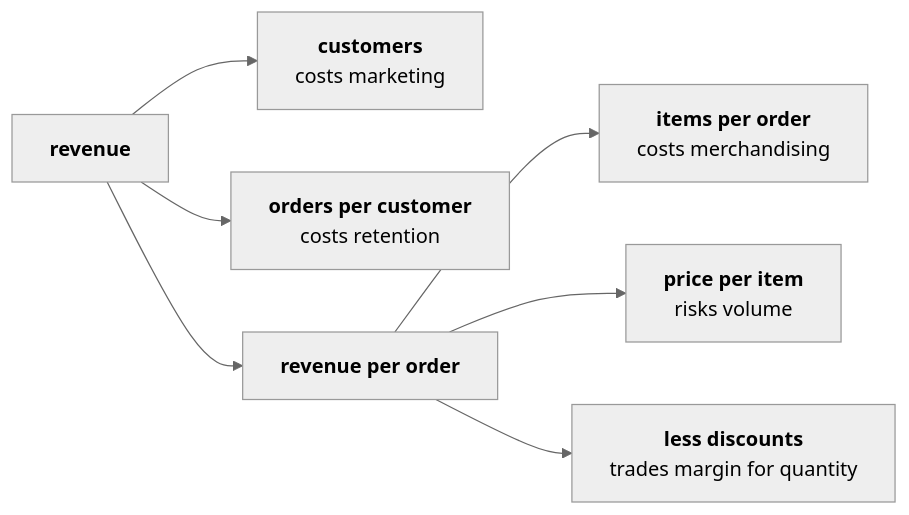
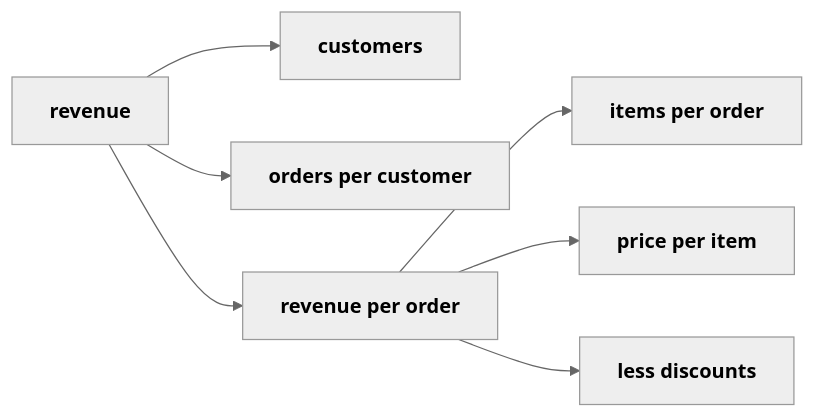
Before and after one commit to fde-academy-lab/c2-content-factory: the diagram in content/W01/D1/exercises/practice/C2_W01_D01_lab_set_STUDENT.md, drawn with Mermaid (neutral theme). The commit also changed 38 other files, not shown here.

First line of the commit message:
W01 D1 depth loop second runs: identity shown on its own denominator, 14-month payback asserted, cued items neutralised, the repeat-order leak stated as counted, two slides folded into notes, seven sections on the afternoon cover, not-cancelled items, slogans rewritten, anchor as one row

````diff
--- a/content/W01/D1/exercises/practice/C2_W01_D01_lab_set_STUDENT.md
+++ b/content/W01/D1/exercises/practice/C2_W01_D01_lab_set_STUDENT.md
@@ -24,9 +24,9 @@
 ```mermaid
 flowchart LR
-    R["<b>revenue</b>"] --> C["<b>customers</b><br/>costs marketing"]
-    R --> F["<b>orders per customer</b><br/>costs retention"]
+    R["<b>revenue</b>"] --> C["<b>customers</b>"]
+    R --> F["<b>orders per customer</b>"]
     R --> V["<b>revenue per order</b>"]
-    V --> B["<b>items per order</b><br/>costs merchandising"]
-    V --> P["<b>price per item</b><br/>risks volume"]
-    V --> D["<b>less discounts</b><br/>trades margin for quantity"]
+    V --> B["<b>items per order</b>"]
+    V --> P["<b>price per item</b>"]
+    V --> D["<b>less discounts</b>"]
 ```
````
